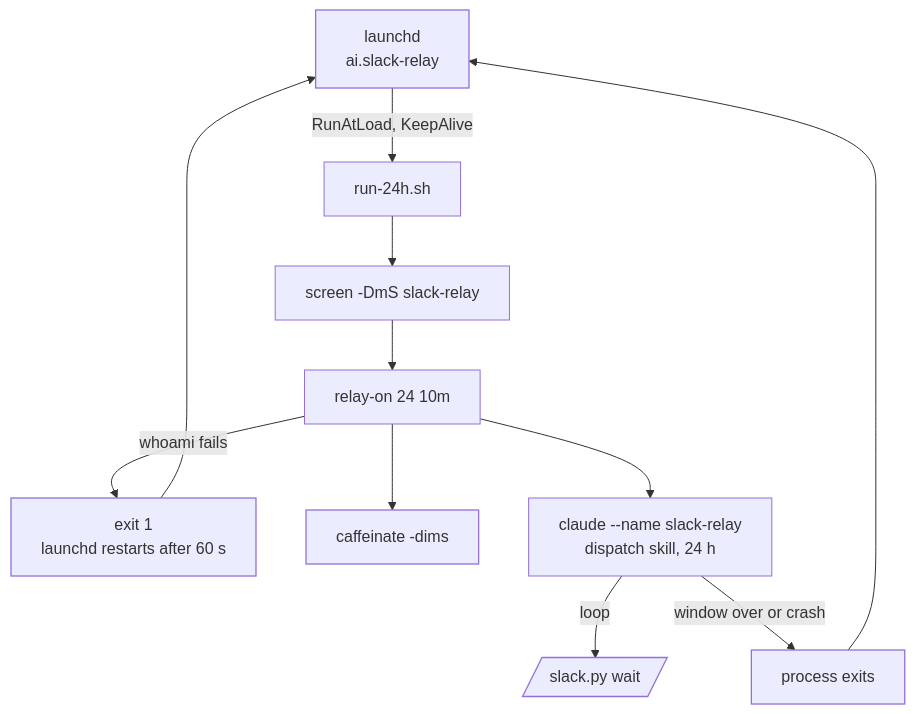
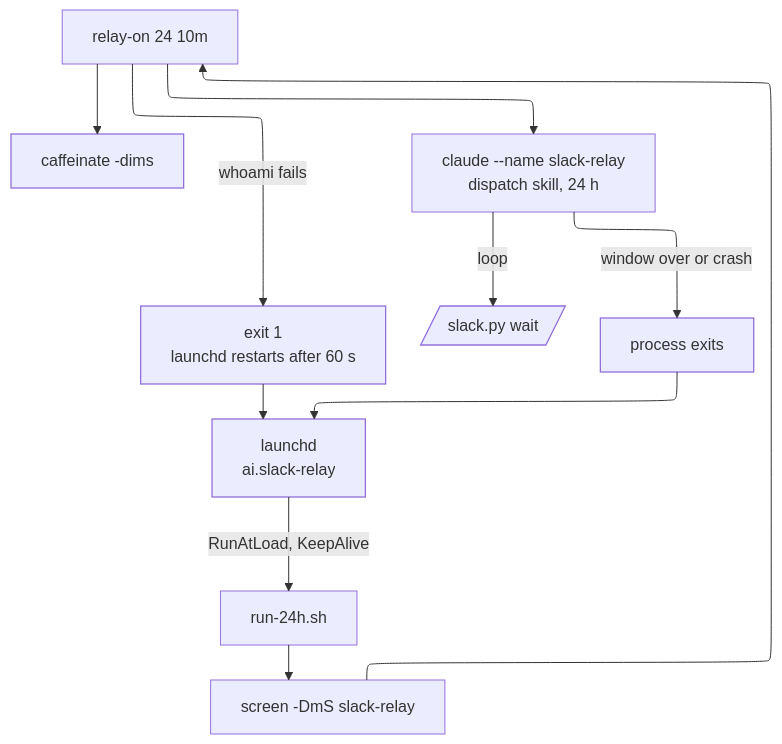
Before and after one commit to dai-3235/docs: the diagram in src/content/docs/slack-relay/runbook.md, drawn with Mermaid. The commit also changed 17 other files, not shown here.

Commit message:
Polish: design tokens, diagram viewer, mobile bottom navigation, code style, more libraries

````diff
--- a/src/content/docs/slack-relay/runbook.md
+++ b/src/content/docs/slack-relay/runbook.md
@@ -27,17 +27,21 @@
 ```mermaid
+---
+config:
+  layout: elk
+---
 flowchart TD
   classDef human stroke-width:1.3px
   classDef store stroke-width:1.3px
   classDef ops stroke-width:1.3px
   classDef risk stroke-width:1.3px
   L["launchd<br/>ai.slack-relay"]:::ops -->|"RunAtLoad, KeepAlive"| R["run-24h.sh"]
   R --> S["screen -DmS slack-relay"]
   S --> O["relay-on 24 10m"]
   O -->|"whoami fails"| X["exit 1<br/>launchd restarts after 60 s"]:::risk
   O --> C["caffeinate -dims"]:::ops
   O --> CC["claude --name slack-relay<br/>dispatch skill, 24 h"]
   CC -->|loop| W[/"slack.py wait"/]:::store
   CC -->|"window over or crash"| X2["process exits"]:::risk
   X2 --> L
   X --> L
 ```
````
